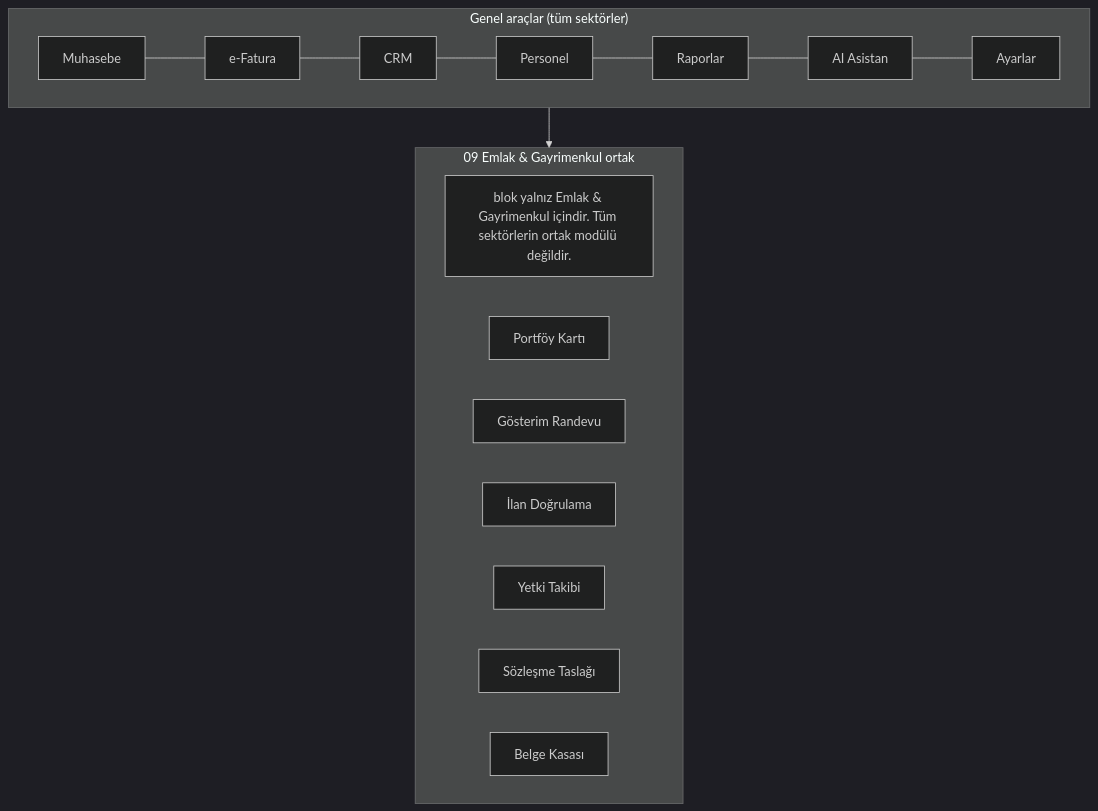
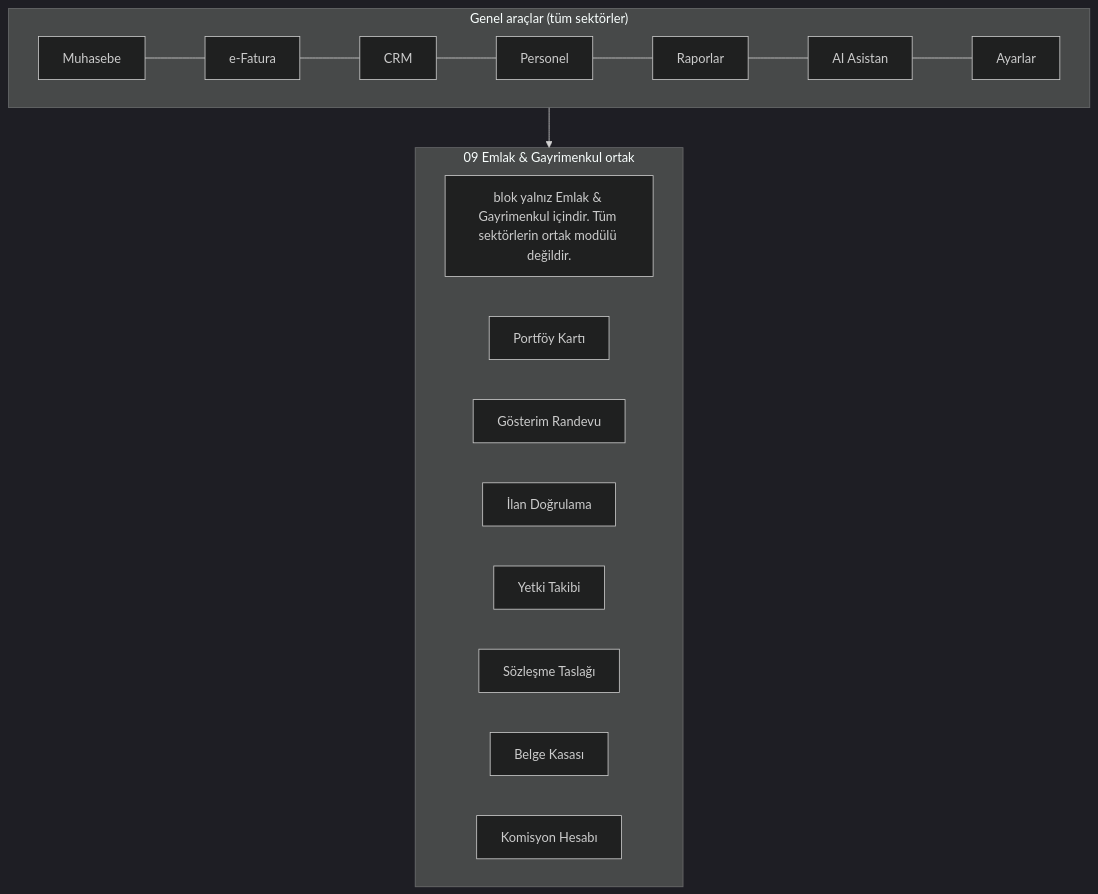
One commit to sametkarabulut-dev/xfuturepos-v2 changed the second of 2 diagrams in 01 Sektörler/09 Emlak & Gayrimenkul.md. Above: the diagram before and after it, drawn with Mermaid (dark theme). The commit also changed other lines of this file and 5 other files, not shown here.

````diff
--- a/01 Sektörler/09 Emlak & Gayrimenkul.md
+++ b/01 Sektörler/09 Emlak & Gayrimenkul.md
@@ -65,16 +68,17 @@
 ```mermaid
 flowchart TB
   subgraph GEN["Genel araçlar (tüm sektörler)"]
     G1[Muhasebe] --- G2[e-Fatura] --- G3[CRM] --- G4[Personel] --- G5[Raporlar] --- G6[AI Asistan] --- G7[Ayarlar]
   end
   subgraph OZEL["09 Emlak & Gayrimenkul ortak"]
     O1[blok yalnız Emlak & Gayrimenkul içindir. Tüm sektörlerin ortak modülü değildir.]
     O2[Portföy Kartı]
     O3[Gösterim Randevu]
     O4[İlan Doğrulama]
     O5[Yetki Takibi]
     O6[Sözleşme Taslağı]
     O7[Belge Kasası]
+    O8[Komisyon Hesabı]
   end
   GEN --> OZEL
 ```
````
